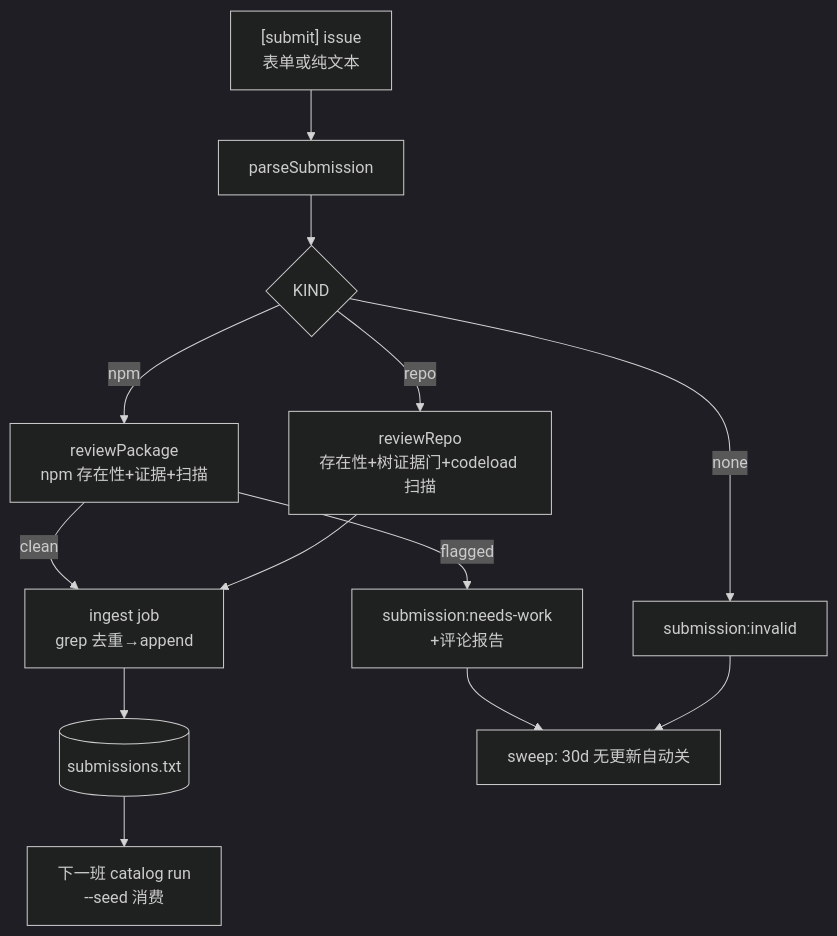
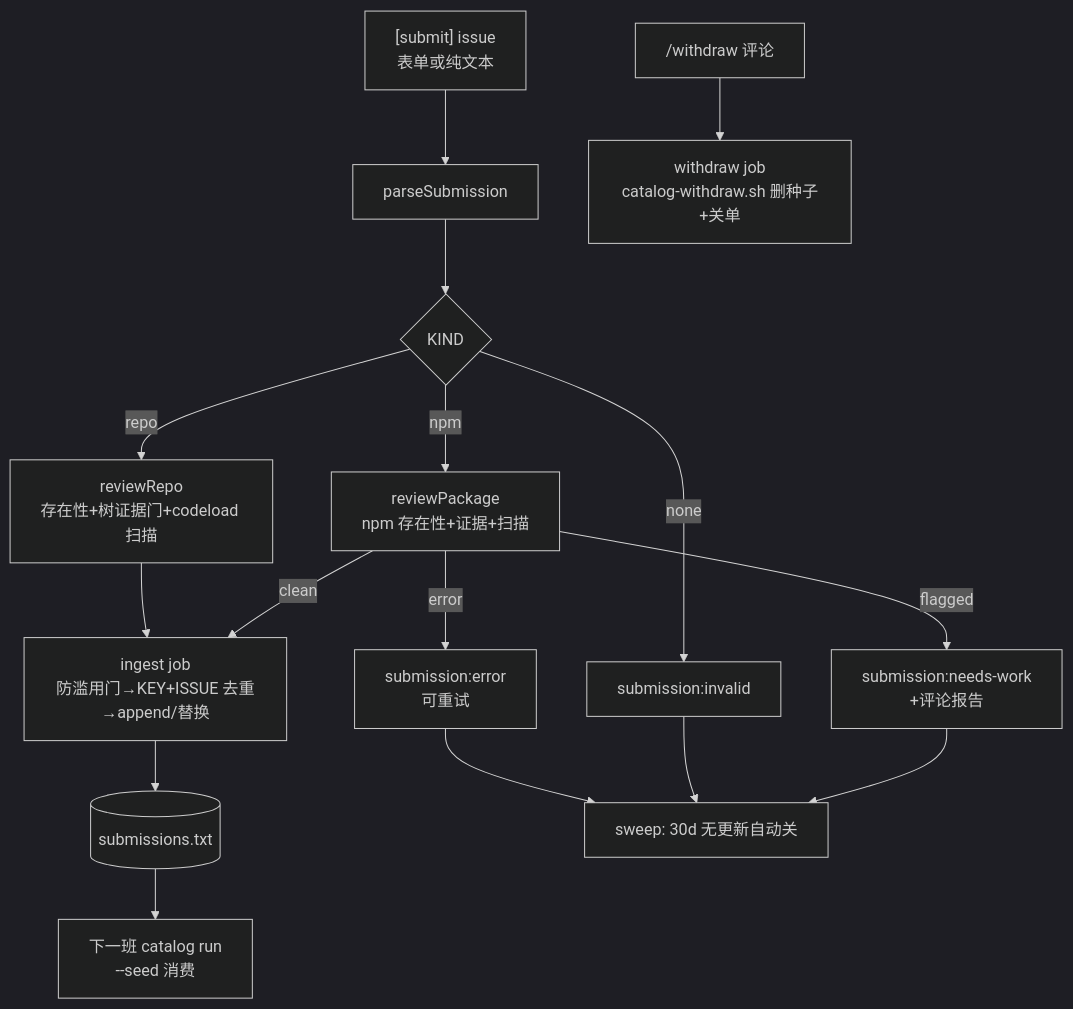
The third of 11 diagrams in docs/DATA-FLOWS.md (awesome-market/awesome-opencode-market), drawn with Mermaid (dark theme) before and after one commit. The commit also changed other lines of this file and 58 other files, not shown here.

````diff
--- a/docs/DATA-FLOWS.md
+++ b/docs/DATA-FLOWS.md
@@ -280,14 +337,16 @@
 ```mermaid
 flowchart TB
   ISS["[submit] issue<br/>表单或纯文本"] --> PA["parseSubmission"]
   PA --> K{"KIND"}
   K -->|"npm"| RV["reviewPackage<br/>npm 存在性+证据+扫描"]
   K -->|"repo"| RR["reviewRepo<br/>存在性+树证据门+codeload 扫描"]
   K -->|"none"| INV["submission:invalid"]
-  RV -->|"clean"| ING["ingest job<br/>grep 去重→append"]
+  RV -->|"clean"| ING["ingest job<br/>防滥用门→KEY+ISSUE 去重→append/替换"]
   RR --> ING
   RV -->|"flagged"| NW["submission:needs-work<br/>+评论报告"]
+  RV -->|"error"| ER["submission:error<br/>可重试"]
   ING --> SL[("submissions.txt")]
   SL --> CAT["下一班 catalog run<br/>--seed 消费"]
-  NW & INV --> SW["sweep: 30d 无更新自动关"]
+  NW & INV & ER --> SW["sweep: 30d 无更新自动关"]
+  CMT["/withdraw 评论"] --> WD["withdraw job<br/>catalog-withdraw.sh 删种子+关单"]
 ```
````
